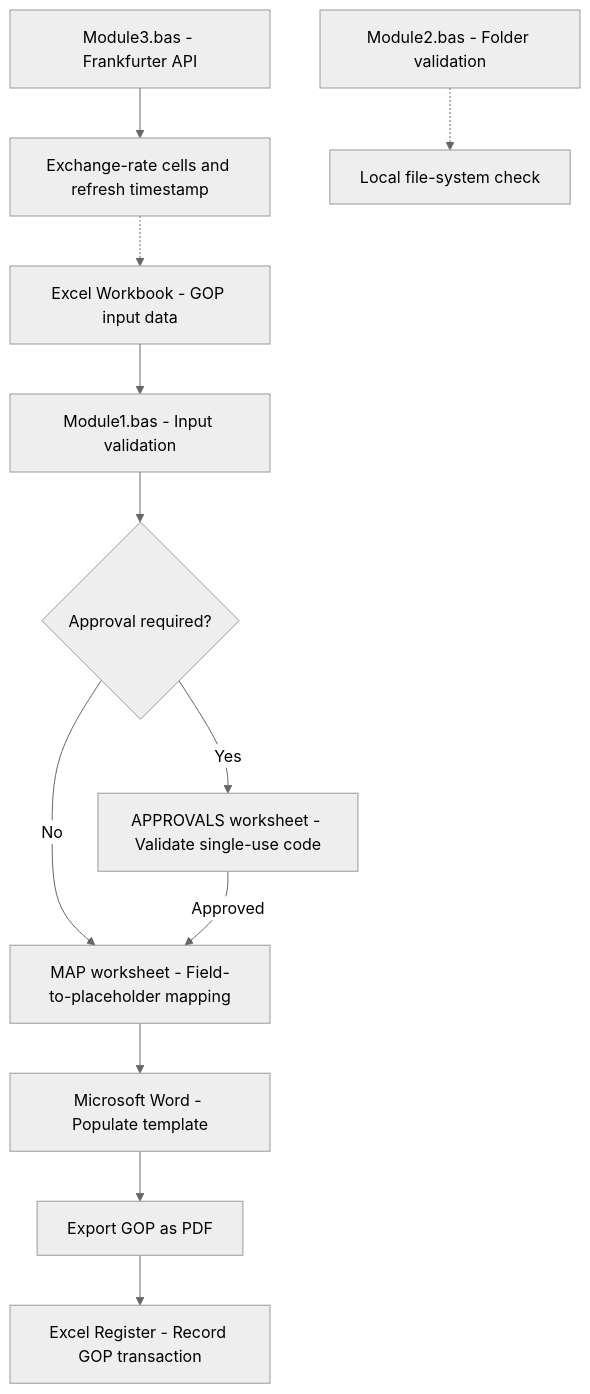
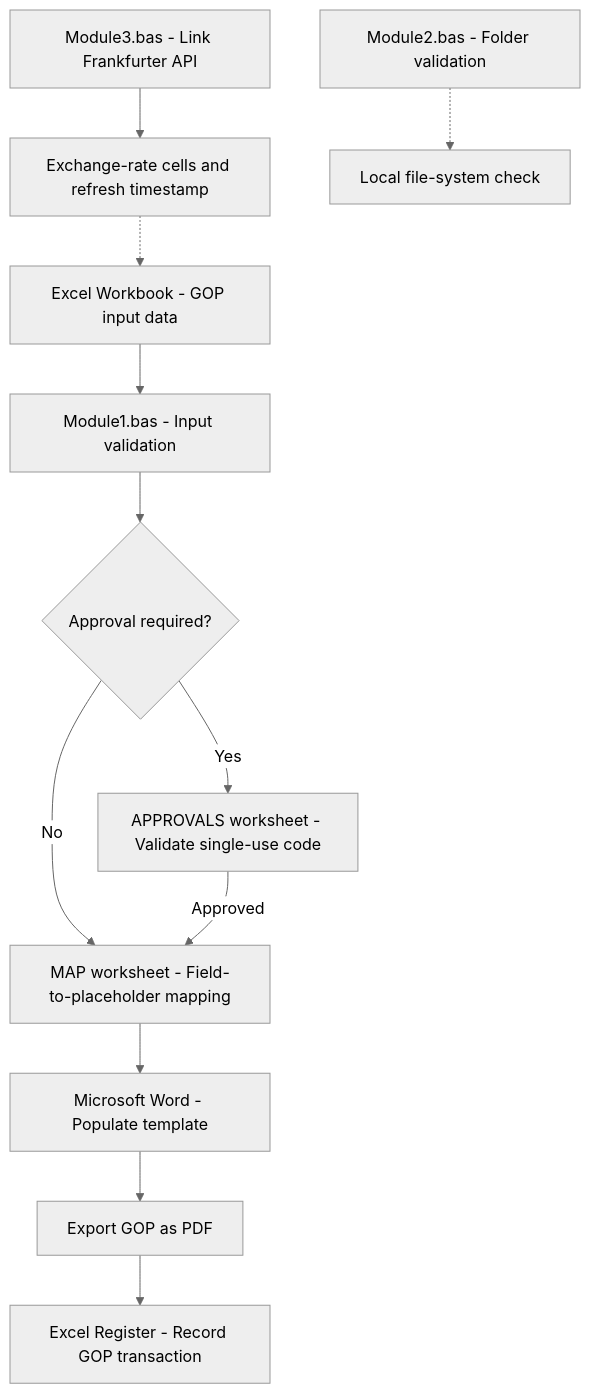
One commit to LebsLabs/GOP-Generator changed the diagram in docs/ARCHITECTURE.md. Above: the diagram before and after it, drawn with Mermaid (neutral theme).

Commit message:
Update Module3.bas reference in architecture document

````diff
--- a/docs/ARCHITECTURE.md
+++ b/docs/ARCHITECTURE.md
@@ -25,17 +25,17 @@
 ```mermaid
 flowchart TD
     A["Excel Workbook - GOP input data"] --> B["Module1.bas - Input validation"]
     B --> C{"Approval required?"}
     C -->|Yes| D["APPROVALS worksheet - Validate single-use code"]
     C -->|No| E["MAP worksheet - Field-to-placeholder mapping"]
     D -->|Approved| E
     E --> F["Microsoft Word - Populate template"]
     F --> G["Export GOP as PDF"]
     G --> H["Excel Register - Record GOP transaction"]
 
-    I["Module3.bas - Frankfurter API"] --> J["Exchange-rate cells and refresh timestamp"]
+    I["Module3.bas - Link Frankfurter API"] --> J["Exchange-rate cells and refresh timestamp"]
     J -.-> A
 
     K["Module2.bas - Folder validation"] -.-> L["Local file-system check"]
     
 ```
````
